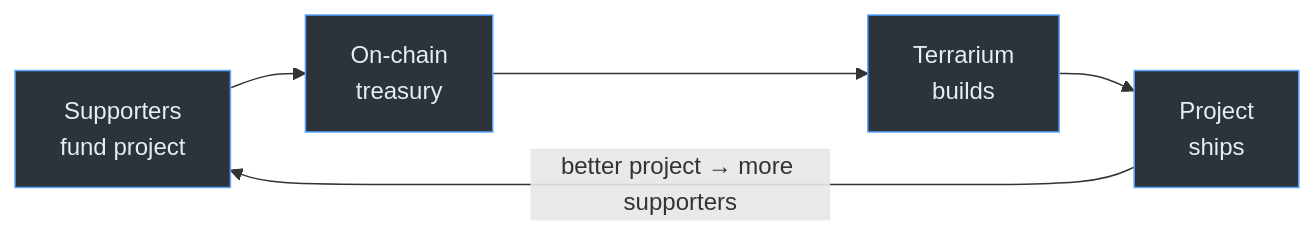
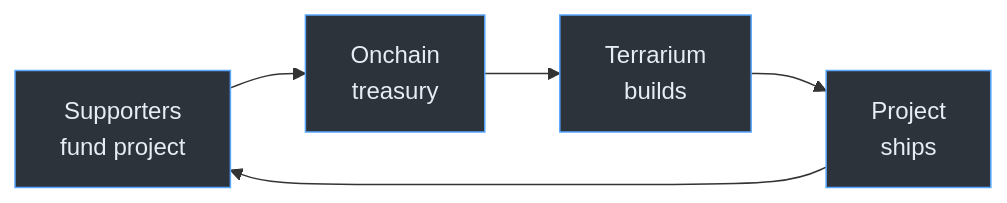
One commit to jbrower95/terrarium changed the diagram in README.md. Above: the diagram before and after it, drawn with Mermaid.

Commit message:
docs: fix diagram — Onchain, simplify loop label

````diff
--- a/README.md
+++ b/README.md
@@ -17,12 +17,12 @@
 ```mermaid
 graph LR
-    A["Supporters<br/>fund project"] --> B["On-chain<br/>treasury"]
+    A["Supporters<br/>fund project"] --> B["Onchain<br/>treasury"]
     B --> C["Terrarium<br/>builds"]
     C --> D["Project<br/>ships"]
-    D -->|"better project → more supporters"| A
+    D --> A
 
     style A fill:#2d333b,stroke:#58a6ff,color:#e6edf3
     style B fill:#2d333b,stroke:#58a6ff,color:#e6edf3
     style C fill:#2d333b,stroke:#58a6ff,color:#e6edf3
     style D fill:#2d333b,stroke:#58a6ff,color:#e6edf3
 ```
````
